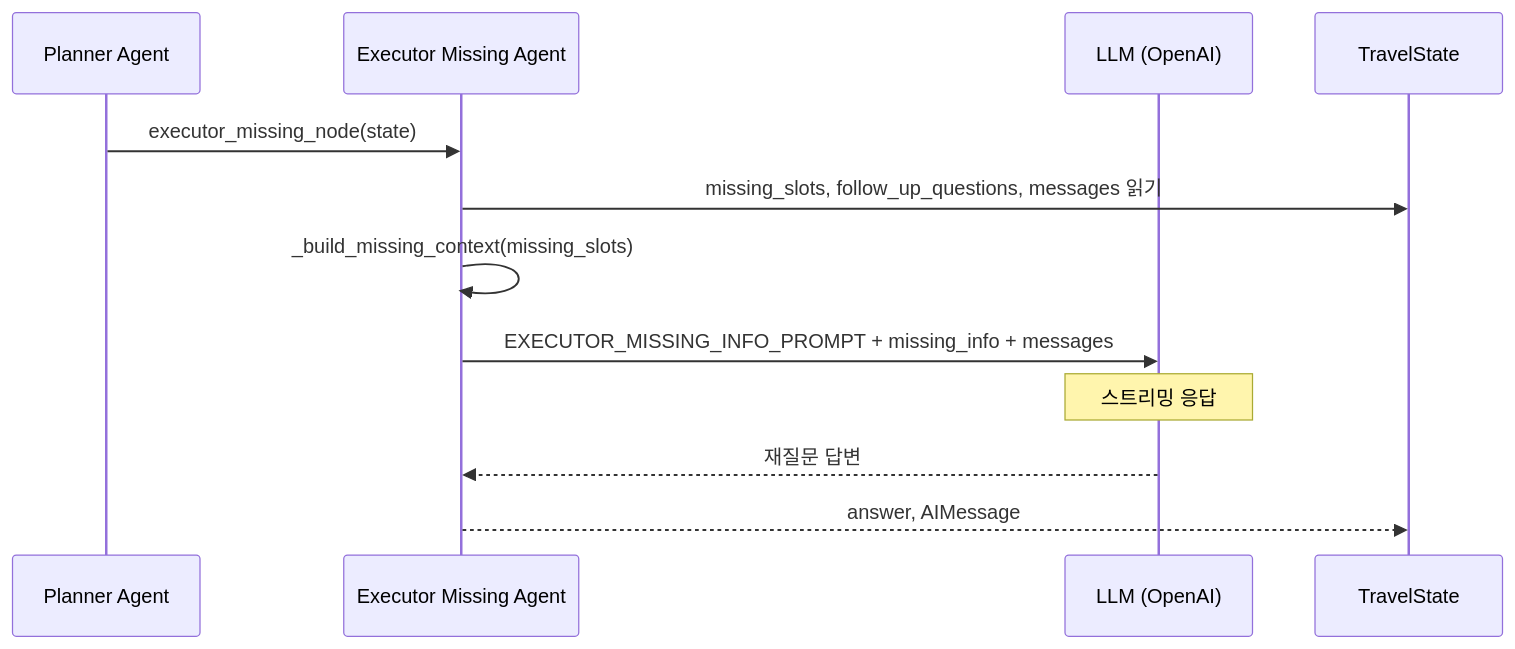
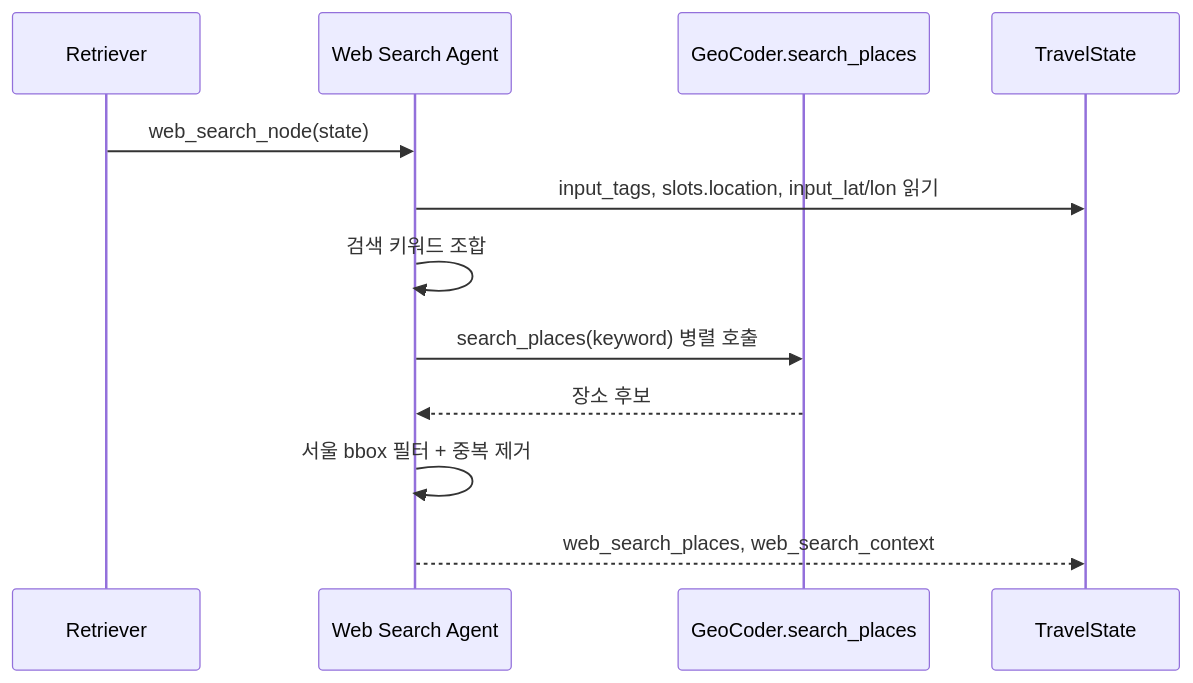
One commit to SKNETWORKS-FAMILY-AICAMP/SKN21-FINAL-2Team changed the seventh of 9 diagrams in docs/agent_sequence_diagrams.md. Above: the diagram before and after it, drawn with Mermaid. The commit also changed other lines of this file and 6 other files, not shown here.

````diff
--- a/docs/agent_sequence_diagrams.md
+++ b/docs/agent_sequence_diagrams.md
@@ -347,15 +262,15 @@
 ```mermaid
 sequenceDiagram
-    participant Planner as Planner Agent
-    participant ExecMissing as Executor Missing Agent
-    participant LLM as LLM (OpenAI)
+    participant Retriever as Retriever
+    participant WebSearch as Web Search Agent
+    participant Naver as GeoCoder.search_places
     participant State as TravelState
 
-    Planner->>ExecMissing: executor_missing_node(state)
-    ExecMissing->>State: missing_slots, follow_up_questions, messages 읽기
-    ExecMissing->>ExecMissing: _build_missing_context(missing_slots)
-    ExecMissing->>LLM: EXECUTOR_MISSING_INFO_PROMPT + missing_info + messages
-    Note over LLM: 스트리밍 응답
-    LLM-->>ExecMissing: 재질문 답변
-    ExecMissing-->>State: answer, AIMessage
+    Retriever->>WebSearch: web_search_node(state)
+    WebSearch->>State: input_tags, slots.location, input_lat/lon 읽기
+    WebSearch->>WebSearch: 검색 키워드 조합
+    WebSearch->>Naver: search_places(keyword) 병렬 호출
+    Naver-->>WebSearch: 장소 후보
+    WebSearch->>WebSearch: 서울 bbox 필터 + 중복 제거
+    WebSearch-->>State: web_search_places, web_search_context
 ```
````
